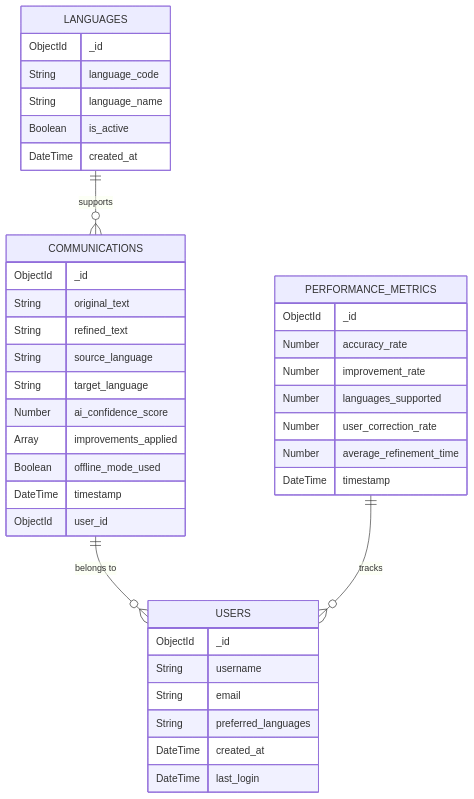
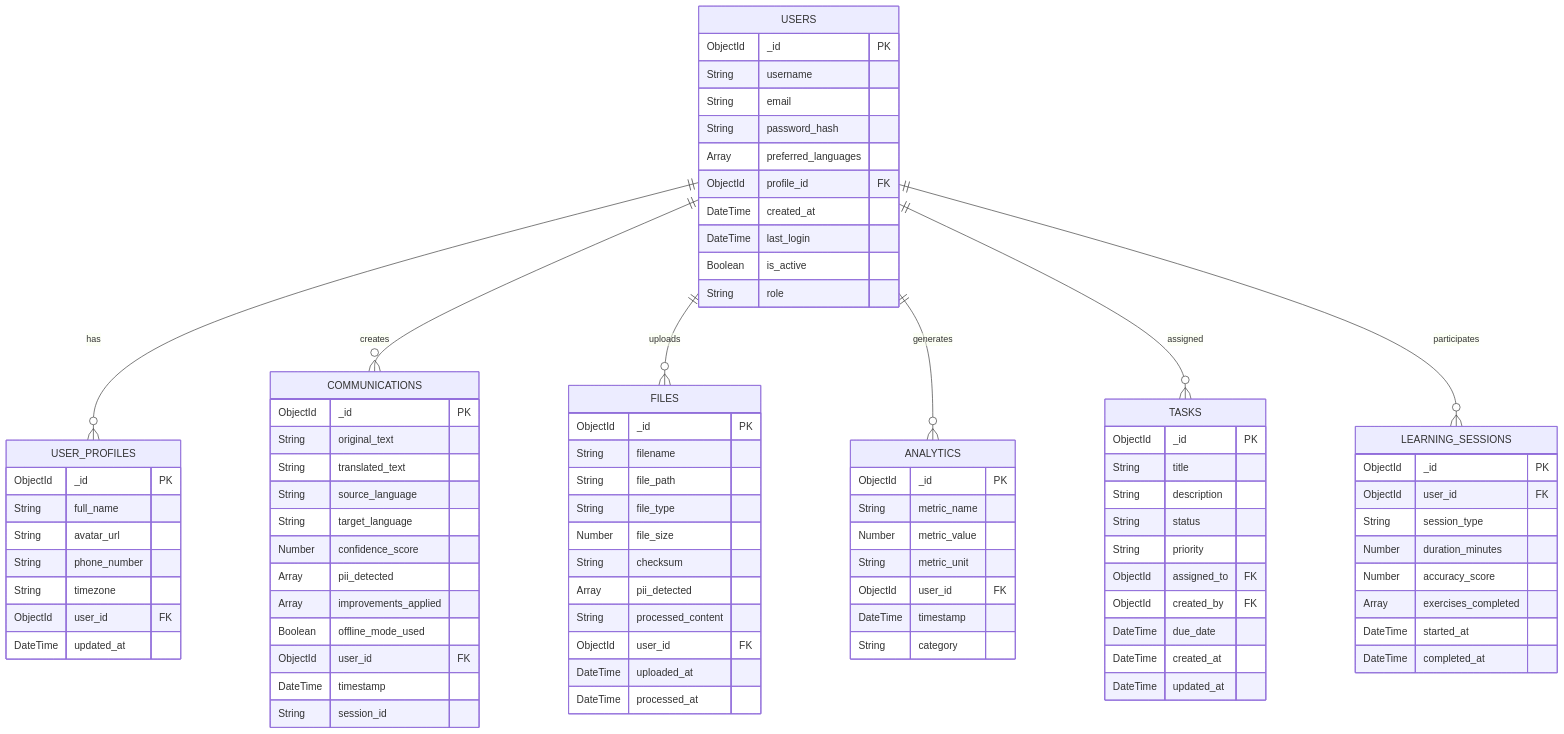
Before and after one commit to vvinayakkk/pccoe_hackathon: the fourth of 7 diagrams in README.md, drawn with Mermaid. The commit also changed other lines of this file, not shown here.

````diff
--- a/README.md
+++ b/README.md
@@ -414,46 +404,95 @@
 ```mermaid
 erDiagram
+    USERS {
+        ObjectId _id PK
+        String username
+        String email
+        String password_hash
+        Array preferred_languages
+        ObjectId profile_id FK
+        DateTime created_at
+        DateTime last_login
+        Boolean is_active
+        String role
+    }
+    
+    USER_PROFILES {
+        ObjectId _id PK
+        String full_name
+        String avatar_url
+        String phone_number
+        String timezone
+        ObjectId user_id FK
+        DateTime updated_at
+    }
+    
     COMMUNICATIONS {
-        ObjectId _id
+        ObjectId _id PK
         String original_text
-        String refined_text
+        String translated_text
         String source_language
         String target_language
-        Number ai_confidence_score
+        Number confidence_score
+        Array pii_detected
         Array improvements_applied
         Boolean offline_mode_used
+        ObjectId user_id FK
         DateTime timestamp
-        ObjectId user_id
+        String session_id
     }
     
-    USERS {
-        ObjectId _id
-        String username
-        String email
-        String preferred_languages
-        DateTime created_at
-        DateTime last_login
+    FILES {
+        ObjectId _id PK
+        String filename
+        String file_path
+        String file_type
+        Number file_size
+        String checksum
+        Array pii_detected
+        String processed_content
+        ObjectId user_id FK
+        DateTime uploaded_at
+        DateTime processed_at
     }
     
-    PERFORMANCE_METRICS {
-        ObjectId _id
-        Number accuracy_rate
-        Number improvement_rate
-        Number languages_supported
-        Number user_correction_rate
-        Number average_refinement_time
+    ANALYTICS {
+        ObjectId _id PK
+        String metric_name
+        Number metric_value
+        String metric_unit
+        ObjectId user_id FK
         DateTime timestamp
+        String category
     }
     
-    LANGUAGES {
-        ObjectId _id
-        String language_code
-        String language_name
-        Boolean is_active
+    TASKS {
+        ObjectId _id PK
+        String title
+        String description
+        String status
+        String priority
+        ObjectId assigned_to FK
+        ObjectId created_by FK
+        DateTime due_date
         DateTime created_at
+        DateTime updated_at
     }
     
-    COMMUNICATIONS ||--o{ USERS : "belongs to"
-    PERFORMANCE_METRICS ||--o{ USERS : "tracks"
-    LANGUAGES ||--o{ COMMUNICATIONS : "supports"
+    LEARNING_SESSIONS {
+        ObjectId _id PK
+        ObjectId user_id FK
+        String session_type
+        Number duration_minutes
+        Number accuracy_score
+        Array exercises_completed
+        DateTime started_at
+        DateTime completed_at
+    }
+    
+    USERS ||--o{ USER_PROFILES : "has"
+    USERS ||--o{ COMMUNICATIONS : "creates"
+    USERS ||--o{ FILES : "uploads"
+    USERS ||--o{ ANALYTICS : "generates"
+    USERS ||--o{ TASKS : "assigned"
+    USERS ||--o{ LEARNING_SESSIONS : "participates"
 ```
````
